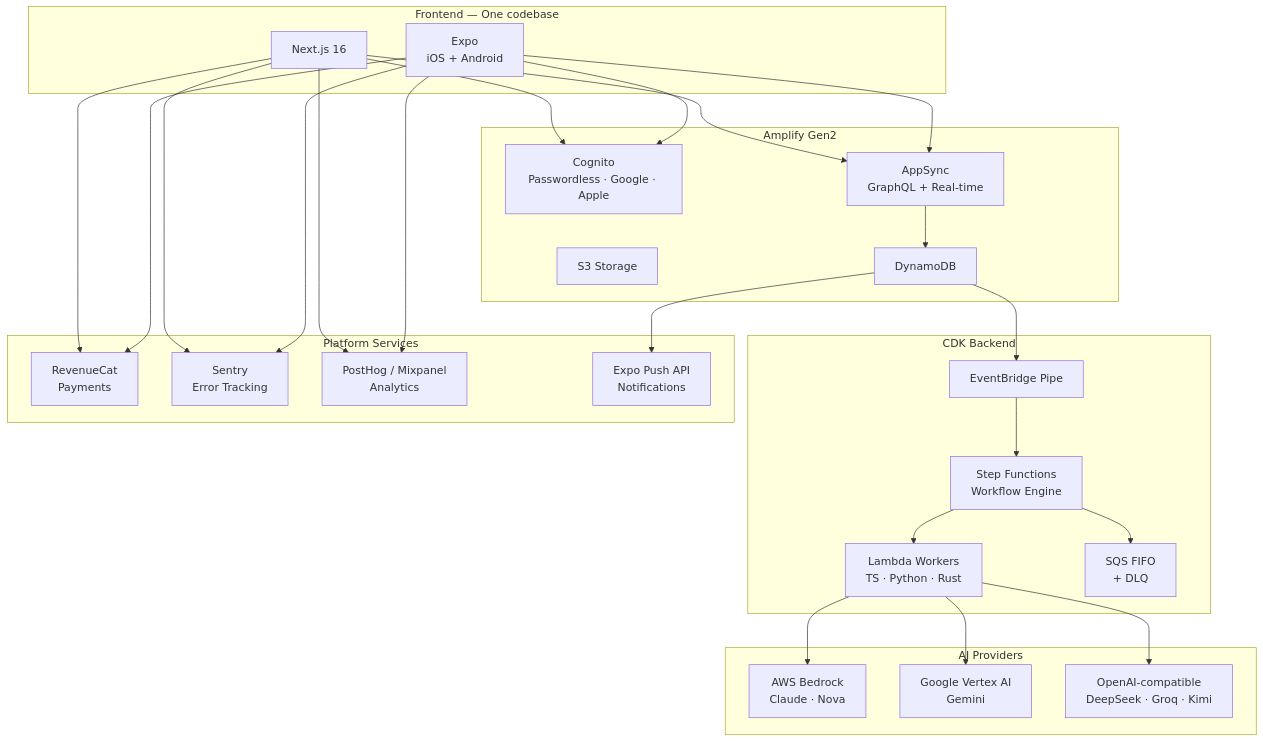
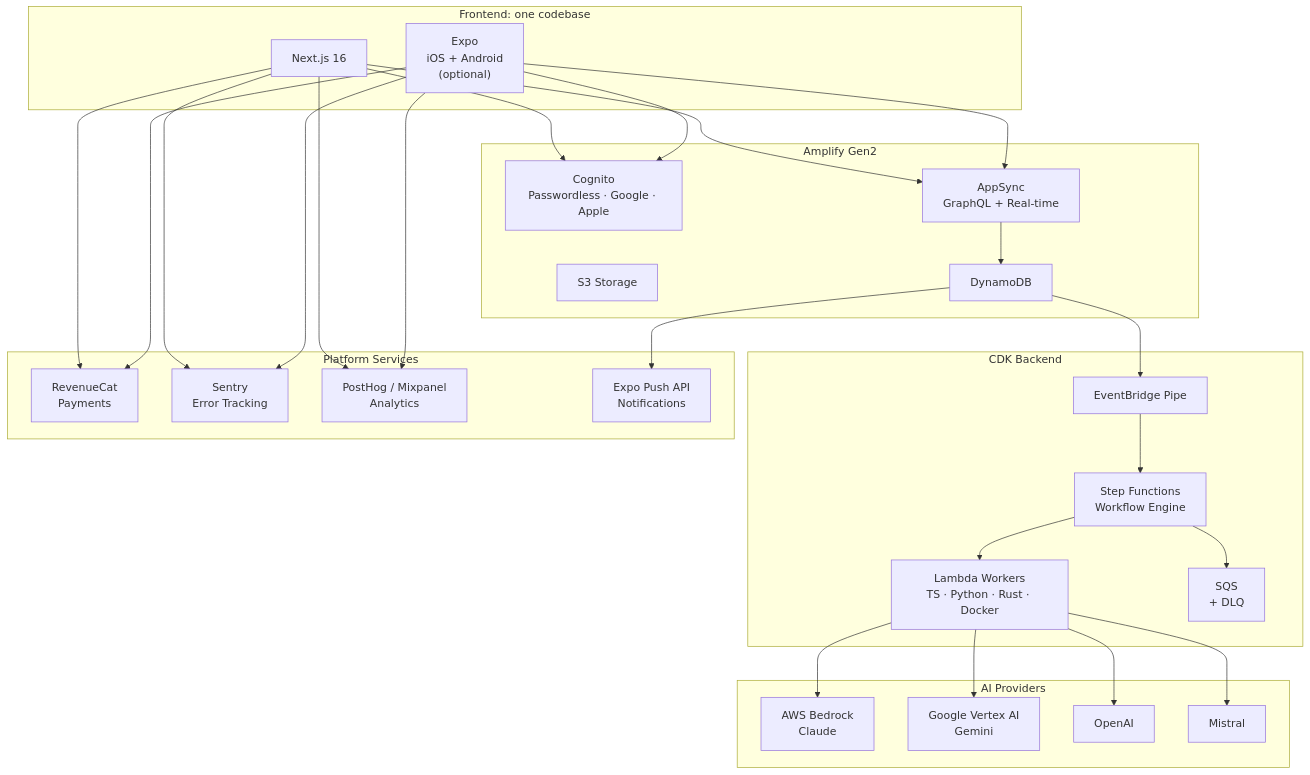
The third of 3 diagrams in README.md (ThomasHoussin/Bootwright), drawn with Mermaid before and after one commit. The commit also changed other lines of this file, not shown here.

````diff
--- a/README.md
+++ b/README.md
@@ -104,49 +132,51 @@
 ```mermaid
 graph TB
-    subgraph Frontend["Frontend — One codebase"]
+    subgraph Frontend["Frontend: one codebase"]
         Web["Next.js 16"]
-        Mobile["Expo<br/>iOS + Android"]
+        Mobile["Expo<br/>iOS + Android<br/>(optional)"]
     end
 
     subgraph Amplify["Amplify Gen2"]
         Cognito["Cognito<br/>Passwordless · Google · Apple"]
         AppSync["AppSync<br/>GraphQL + Real-time"]
         S3["S3 Storage"]
         DDB["DynamoDB"]
     end
 
     subgraph CDK["CDK Backend"]
         EB["EventBridge Pipe"]
         SFN["Step Functions<br/>Workflow Engine"]
-        Lambda["Lambda Workers<br/>TS · Python · Rust"]
-        SQS["SQS FIFO<br/>+ DLQ"]
+        Lambda["Lambda Workers<br/>TS · Python · Rust · Docker"]
+        SQS["SQS<br/>+ DLQ"]
     end
 
     subgraph AI["AI Providers"]
-        Bedrock["AWS Bedrock<br/>Claude · Nova"]
+        Bedrock["AWS Bedrock<br/>Claude"]
         Gemini["Google Vertex AI<br/>Gemini"]
-        OpenAI["OpenAI-compatible<br/>DeepSeek · Groq · Kimi"]
+        OpenAI["OpenAI"]
+        Mistral["Mistral"]
     end
 
     subgraph Platform["Platform Services"]
         RC["RevenueCat<br/>Payments"]
         Sentry["Sentry<br/>Error Tracking"]
         Analytics["PostHog / Mixpanel<br/>Analytics"]
         Push["Expo Push API<br/>Notifications"]
     end
 
     Web & Mobile --> Cognito
     Web & Mobile --> AppSync
     Web & Mobile --> RC
     Web & Mobile --> Analytics
     Web & Mobile --> Sentry
     AppSync --> DDB
     DDB --> EB
     DDB --> Push
     EB --> SFN
     SFN --> Lambda
     Lambda --> Bedrock
     Lambda --> Gemini
     Lambda --> OpenAI
+    Lambda --> Mistral
     SFN --> SQS
 ```
````
